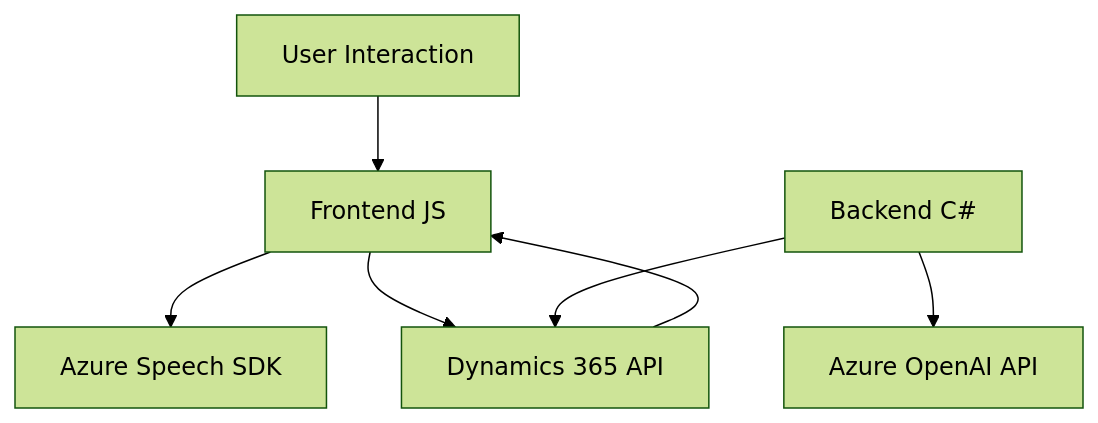
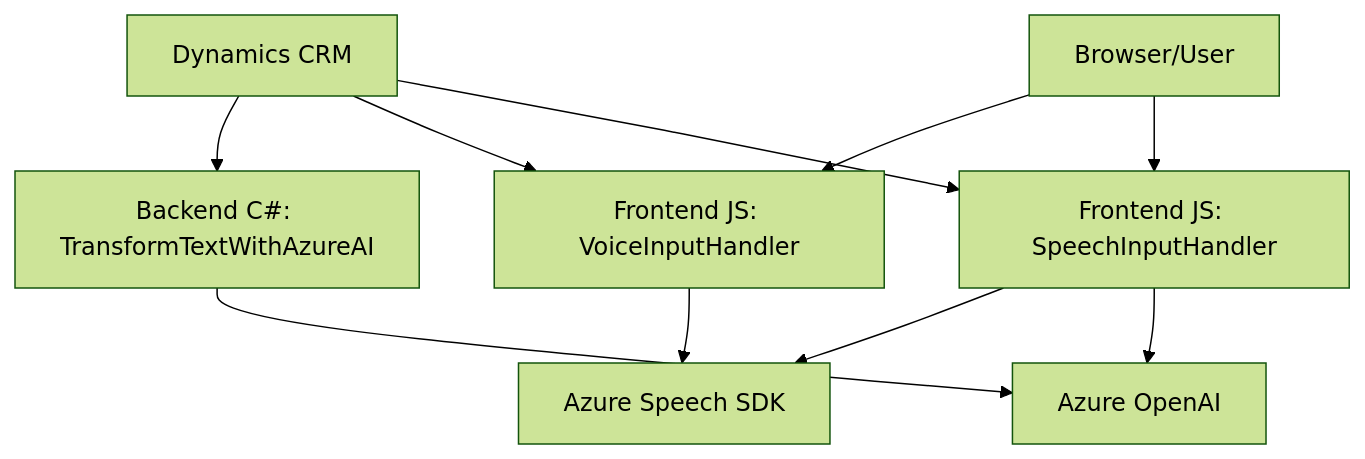
Before and after one commit to blopezdm/NETCORE_BILBAO2025: the diagram in README.md, drawn with Mermaid (forest theme). The commit also changed other lines of this file, not shown here.

````diff
--- a/README.md
+++ b/README.md
@@ -26,16 +37,20 @@
 ```mermaid
 graph TD
-    Frontend["Frontend JS"]
-    Backend["Backend C#"]
-    AzureSpeechSDK["Azure Speech SDK"]
-    AzureOpenAIAPI["Azure OpenAI API"]
-    Dynamics365["Dynamics 365 API"]
-    User["User Interaction"]
-    
-    User --> Frontend
-    Frontend --> AzureSpeechSDK
-    Frontend --> Dynamics365
-    Backend --> AzureOpenAIAPI
-    Backend --> Dynamics365
-    Dynamics365 --> Frontend
+    A["Frontend JS: VoiceInputHandler"]
+    B["Frontend JS: SpeechInputHandler"]
+    C["Backend C#: TransformTextWithAzureAI"]
+    D["Azure Speech SDK"]
+    E["Azure OpenAI"]
+    F["Dynamics CRM"]
+    G["Browser/User"]
+
+    G --> A
+    G --> B
+    A --> D
+    B --> D
+    B --> E
+    F --> C
+    C --> E
+    F --> A
+    F --> B
 ```
````
